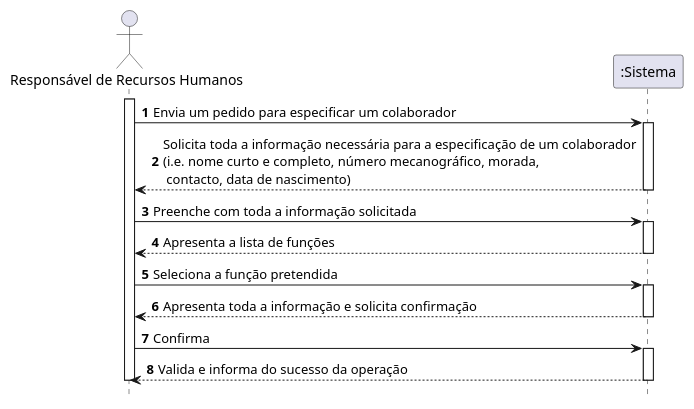
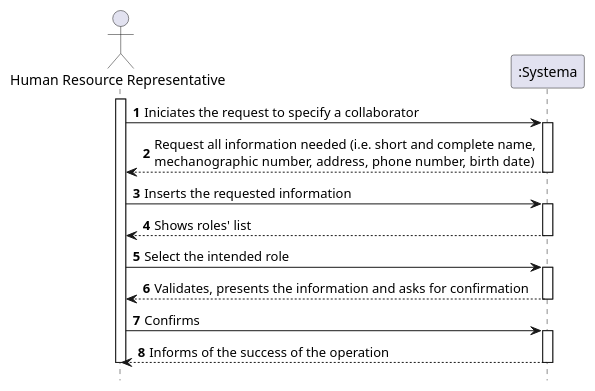
Before and after one commit to tiagoavcosta25/LAPR4: the diagram in doc/engenharia/SprintB/1190682/US-1-2051_EspecificarColaborador/US-1-2051_SSD.puml, drawn with PlantUML. The commit also changed 1 other file, not shown here.

```diff
--- a/doc/engenharia/SprintB/1190682/US-1-2051_EspecificarColaborador/US-1-2051_SSD.puml
+++ b/doc/engenharia/SprintB/1190682/US-1-2051_EspecificarColaborador/US-1-2051_SSD.puml
@@ -1,33 +1,33 @@
 @startuml
 autonumber
 hide footbox
 
-actor "Responsável de Recursos Humanos" as RRH
+actor "Human Resource Representative" as HRR
 
-participant ":Sistema" as SIST
+participant ":Systema" as SYST
 
-activate RRH
+activate HRR
 
-RRH-> SIST : Envia um pedido para especificar um colaborador
-activate SIST
-SIST --> RRH: Solicita toda a informação necessária para a especificação de um colaborador\n(i.e. nome curto e completo, número mecanográfico, morada,\n contacto, data de nascimento)
-deactivate SIST
+HRR-> SYST : Iniciates the request to specify a collaborator
+activate SYST
+SYST --> HRR: Request all information needed (i.e. short and complete name,\nmechanographic number, address, phone number, birth date)
+deactivate SYST
 
-RRH-> SIST : Preenche com toda a informação solicitada
-activate SIST
-SIST --> RRH: Apresenta a lista de funções
-deactivate SIST
+HRR-> SYST : Inserts the requested information
+activate SYST
+SYST --> HRR: Shows roles' list
+deactivate SYST
 
-RRH-> SIST : Seleciona a função pretendida
-activate SIST
-SIST --> RRH: Apresenta toda a informação e solicita confirmação
-deactivate SIST
+HRR-> SYST : Select the intended role
+activate SYST
+SYST --> HRR: Validates, presents the information and asks for confirmation
+deactivate SYST
 
-RRH-> SIST : Confirma
-activate SIST
-SIST --> RRH: Valida e informa do sucesso da operação
-deactivate SIST
+HRR-> SYST : Confirms
+activate SYST
+SYST --> HRR: Informs of the success of the operation
+deactivate SYST
 
-deactivate RRH
+deactivate HRR
 
 @enduml
```
